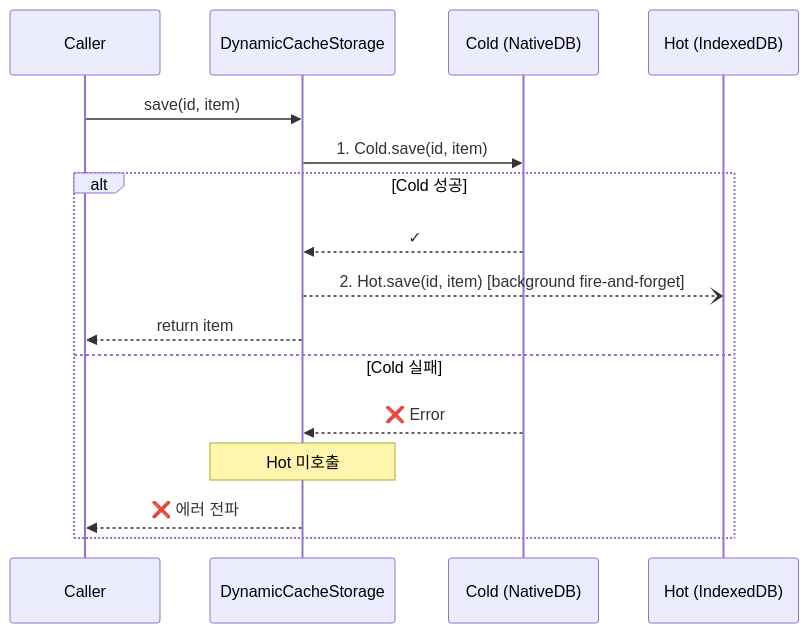
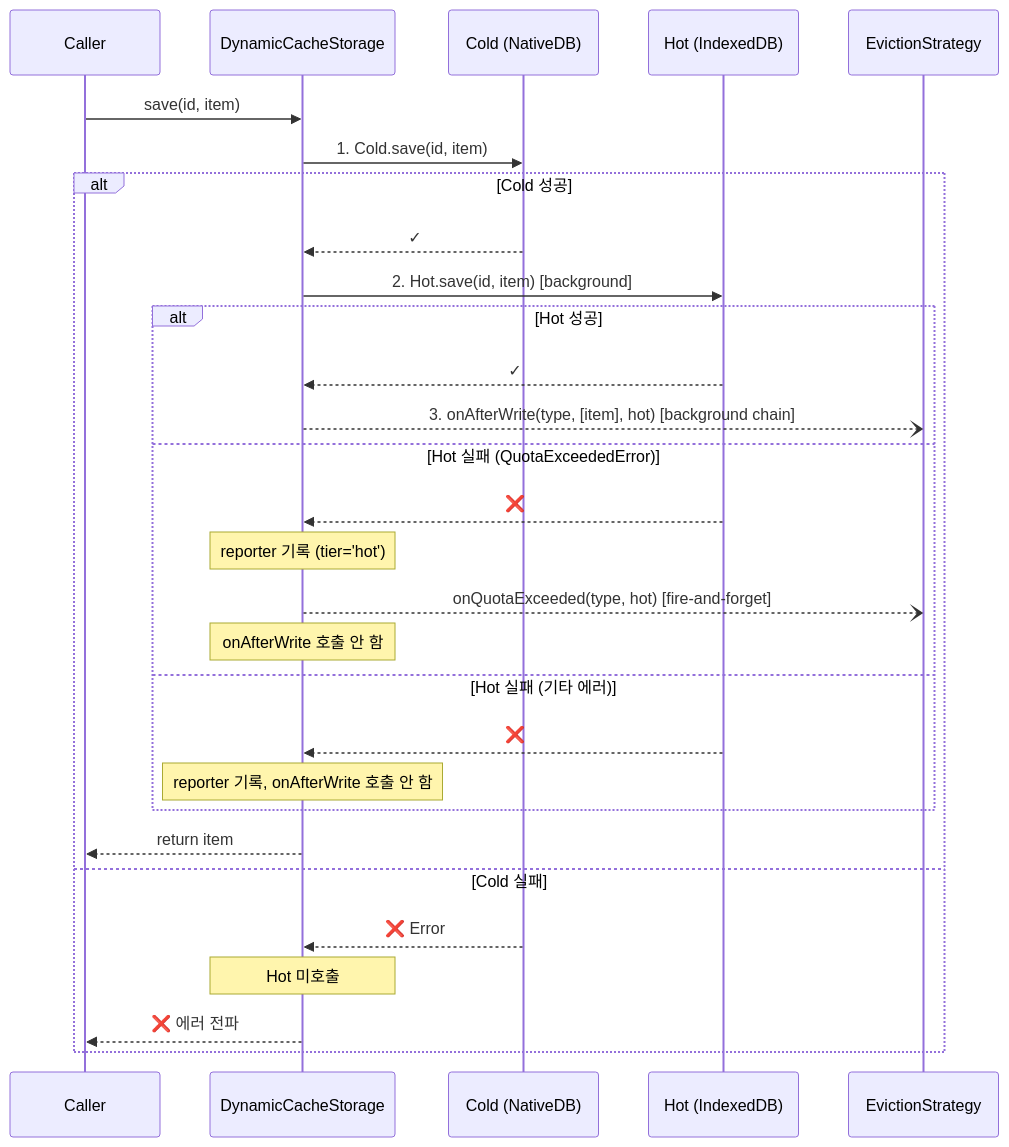
One commit to lemoncloud-io/dou-app changed the fifth of 13 diagrams in docs/specs/cache/hot-cold-cache-strategy.md. Above: the diagram before and after it, drawn with Mermaid. The commit also changed other lines of this file and 12 other files, not shown here.

````diff
--- a/docs/specs/cache/hot-cold-cache-strategy.md
+++ b/docs/specs/cache/hot-cold-cache-strategy.md
@@ -288,19 +444,32 @@
 ```mermaid
 sequenceDiagram
     participant Caller
     participant DC as DynamicCacheStorage
     participant Cold as Cold (NativeDB)
     participant Hot as Hot (IndexedDB)
+    participant EV as EvictionStrategy
 
     Caller->>DC: save(id, item)
     DC->>Cold: 1. Cold.save(id, item)
     alt Cold 성공
         Cold-->>DC: ✓
-        DC--)Hot: 2. Hot.save(id, item) [background fire-and-forget]
+        DC->>Hot: 2. Hot.save(id, item) [background]
+        alt Hot 성공
+            Hot-->>DC: ✓
+            DC--)EV: 3. onAfterWrite(type, [item], hot) [background chain]
+        else Hot 실패 (QuotaExceededError)
+            Hot-->>DC: ❌
+            Note over DC: reporter 기록 (tier='hot')
+            DC--)EV: onQuotaExceeded(type, hot) [fire-and-forget]
+            Note over DC: onAfterWrite 호출 안 함
+        else Hot 실패 (기타 에러)
+            Hot-->>DC: ❌
+            Note over DC: reporter 기록, onAfterWrite 호출 안 함
+        end
         DC-->>Caller: return item
     else Cold 실패
         Cold-->>DC: ❌ Error
         Note over DC: Hot 미호출
         DC-->>Caller: ❌ 에러 전파
     end
 ```
````
